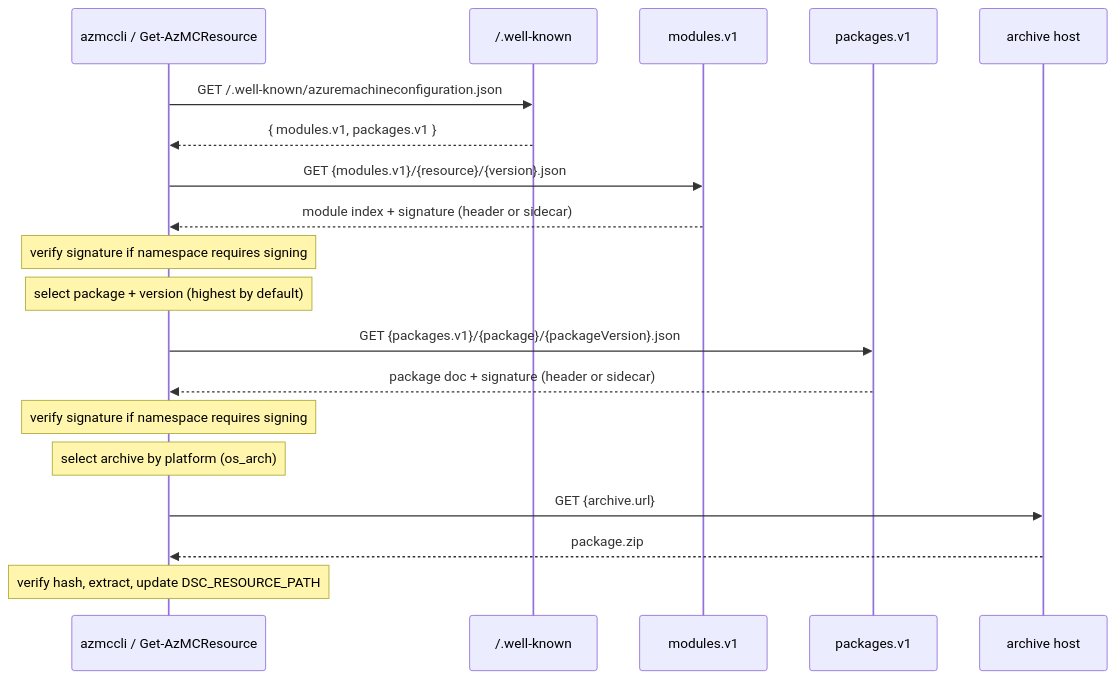
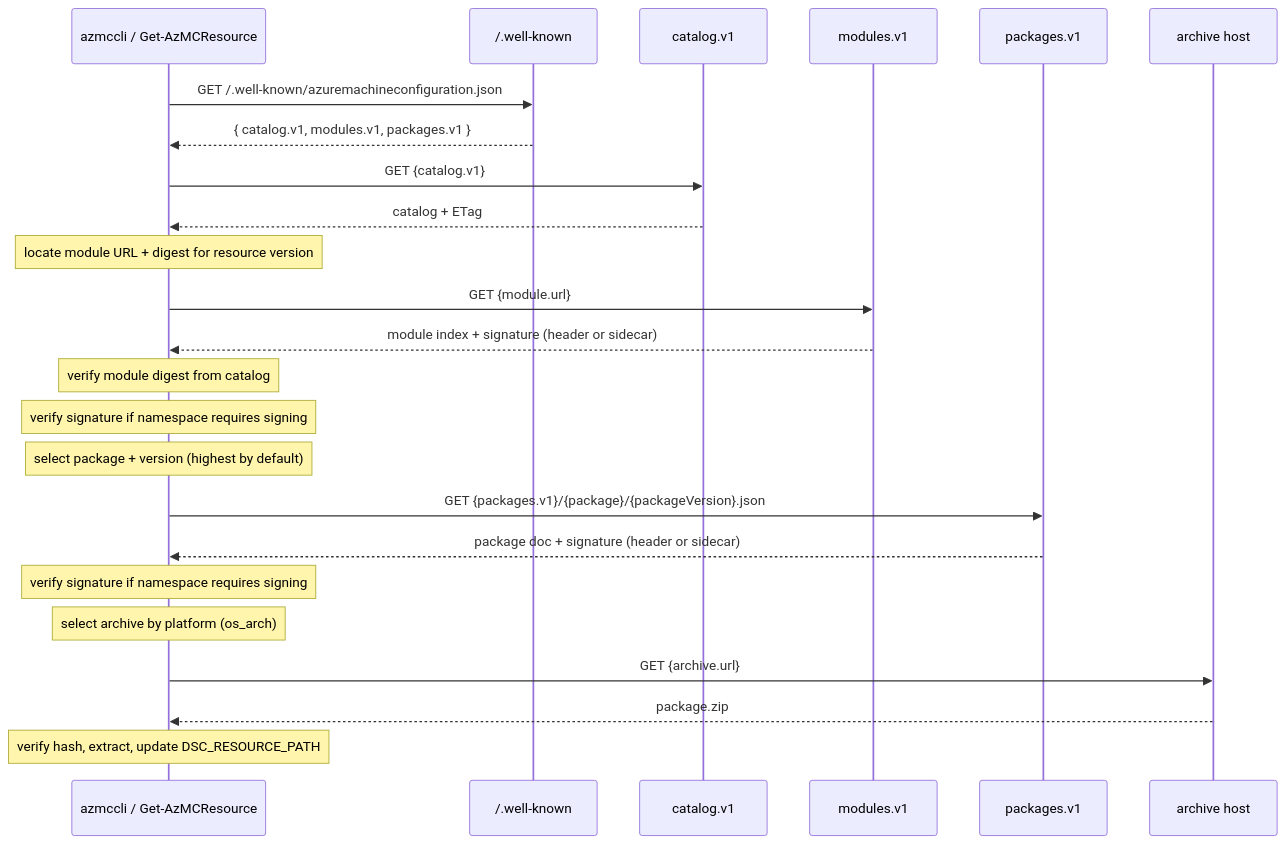
One commit to Bpoe/DSC changed the first of 3 diagrams in docs/design-resource-download/dsc-resource-download.md. Above: the diagram before and after it, drawn with Mermaid. The commit also changed other lines of this file, not shown here.

````diff
--- a/docs/design-resource-download/dsc-resource-download.md
+++ b/docs/design-resource-download/dsc-resource-download.md
@@ -81,22 +82,27 @@
 ```mermaid
 sequenceDiagram
     participant Client as azmccli / Get-AzMCResource
     participant Disc as /.well-known
+    participant Cat as catalog.v1
     participant Mod as modules.v1
     participant Pkg as packages.v1
     participant CDN as archive host
 
     Client->>Disc: GET /.well-known/azuremachineconfiguration.json
-    Disc-->>Client: { modules.v1, packages.v1 }
-    Client->>Mod: GET {modules.v1}/{resource}/{version}.json
+    Disc-->>Client: { catalog.v1, modules.v1, packages.v1 }
+    Client->>Cat: GET {catalog.v1}
+    Cat-->>Client: catalog + ETag
+    Note over Client: locate module URL + digest for resource version
+    Client->>Mod: GET {module.url}
     Mod-->>Client: module index + signature (header or sidecar)
+    Note over Client: verify module digest from catalog
     Note over Client: verify signature if namespace requires signing
     Note over Client: select package + version (highest by default)
     Client->>Pkg: GET {packages.v1}/{package}/{packageVersion}.json
     Pkg-->>Client: package doc + signature (header or sidecar)
     Note over Client: verify signature if namespace requires signing
     Note over Client: select archive by platform (os_arch)
     Client->>CDN: GET {archive.url}
     CDN-->>Client: package.zip
     Note over Client: verify hash, extract, update DSC_RESOURCE_PATH
 ```
````
